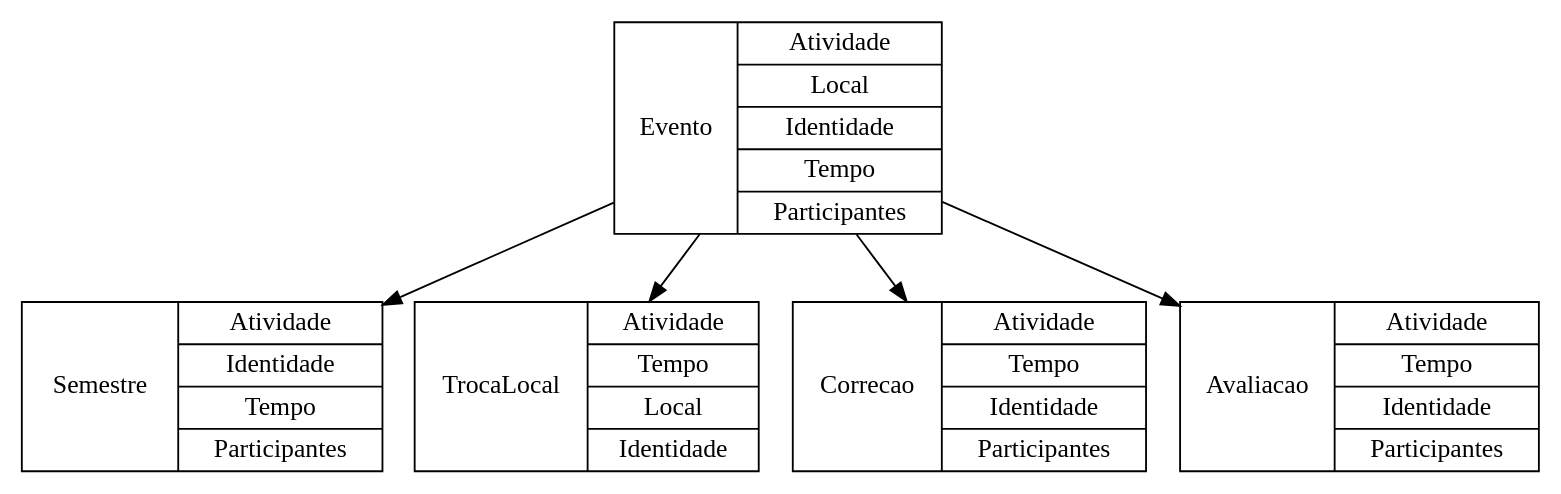
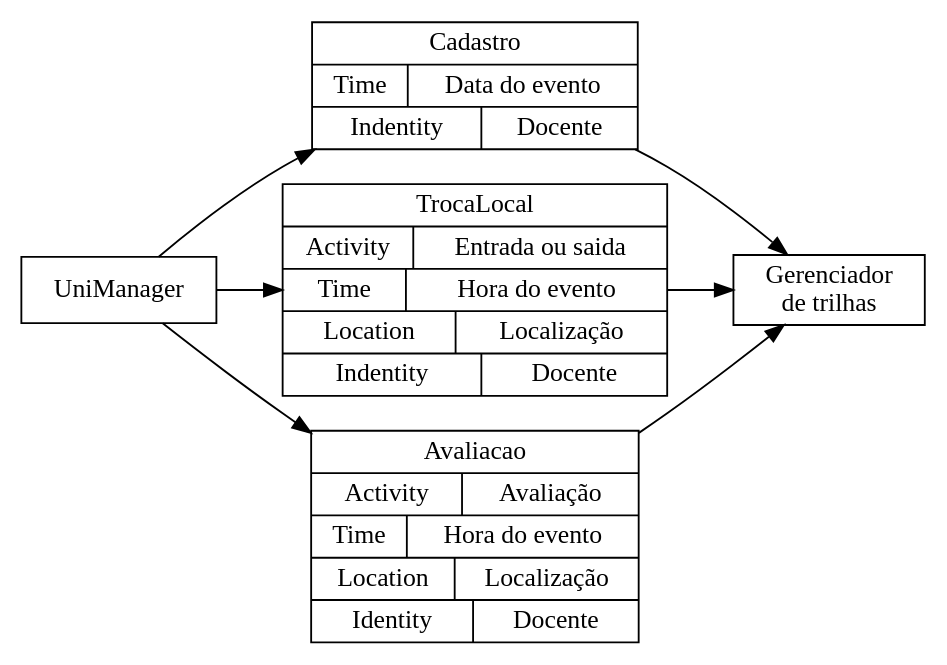
The diagram in academia/dissertacao/graficos/ont_docente.dot (andrenho/andrenho), drawn with Graphviz before and after one commit. The commit also changed 9 other files, not shown here.

```diff
--- a/academia/dissertacao/graficos/ont_docente.dot
+++ b/academia/dissertacao/graficos/ont_docente.dot
@@ -1,14 +1,14 @@
 digraph G {
 
+  rankdir = LR;
 	node [shape=record];
-	evento [label="Evento|{Atividade|Local|Identidade|Tempo|Participantes}"];
-  semestre [label="Semestre|{Atividade|Identidade|Tempo|Participantes}"];
-  entrada [label="TrocaLocal|{Atividade|Tempo|Local|Identidade}"];
-  correcao [label="Correcao|{Atividade|Tempo|Identidade|Participantes}"];
-  avaliacao [label="Avaliacao|{Atividade|Tempo|Identidade|Participantes}"];
+  UniManager;
+  trail [label="Gerenciador\nde trilhas"];
+  cadastro [label="Cadastro|{Time|Data do evento}|{Indentity|Docente}"];
+  trocalocal [label="TrocaLocal|{Activity|Entrada ou saida}|{Time|Hora do evento}|{Location|Localização}|{Indentity|Docente}"];
+  avaliacao [label="Avaliacao|{Activity|Avaliação}|{Time|Hora do evento}|{Location|Localização}|{Identity|Docente}"];
 
-  evento -> semestre;
-  evento -> entrada;
-  evento -> correcao;
-  evento -> avaliacao;
+  UniManager -> trocalocal -> trail;
+  UniManager -> cadastro -> trail;
+  UniManager -> avaliacao -> trail;
 }
```
